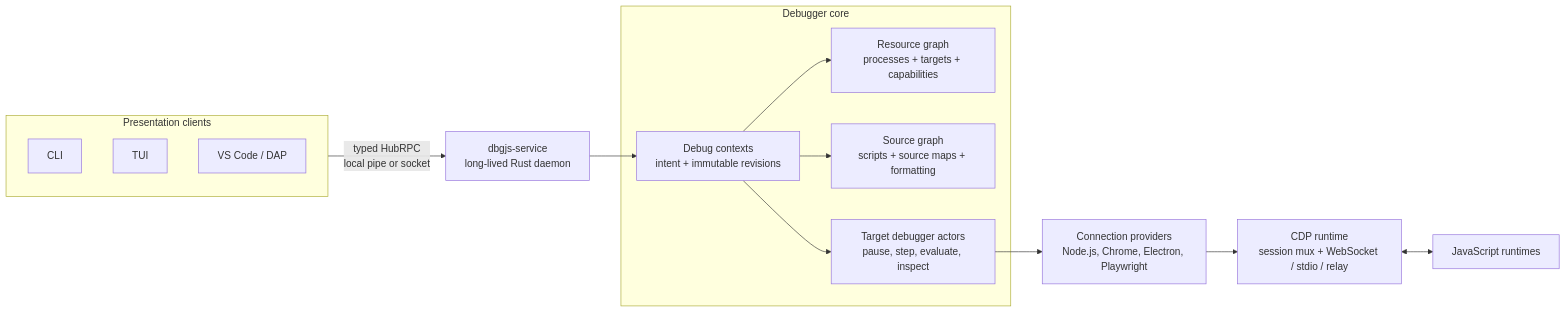
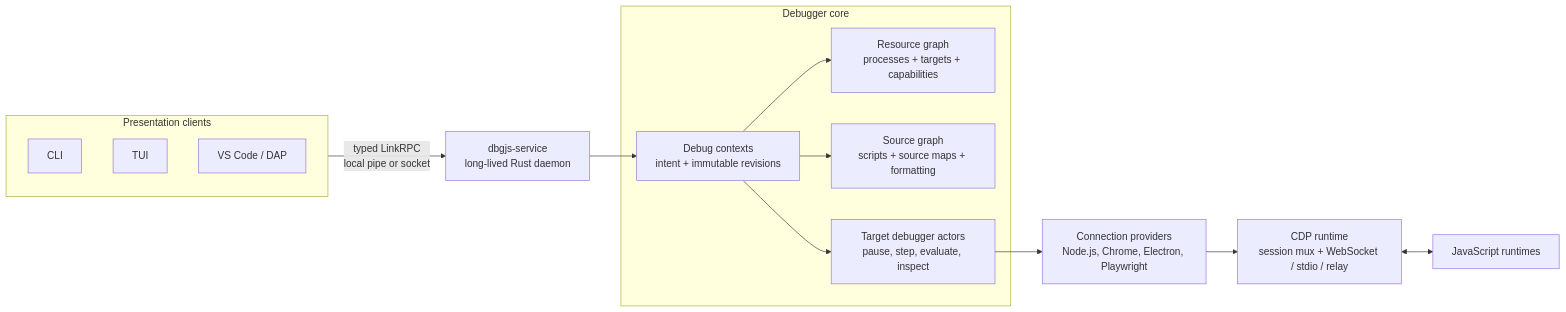
Before and after one commit to hediet/dbgjs: the first of 2 diagrams in docs/dbgjs-architecture-presentation.md, drawn with Mermaid. The commit also changed other lines of this file and 210 other files, not shown here.

First line of the commit message:
Replace HubRPC with LinkRPC throughout dbgjs

````diff
--- a/docs/dbgjs-architecture-presentation.md
+++ b/docs/dbgjs-architecture-presentation.md
@@ -8,26 +8,26 @@
 ```mermaid
 flowchart LR
     subgraph Clients["Presentation clients"]
         CLI["CLI"]
         TUI["TUI"]
         VSCode["VS Code / DAP"]
     end
 
-    Clients -->|"typed HubRPC<br/>local pipe or socket"| Service["dbgjs-service<br/>long-lived Rust daemon"]
+    Clients -->|"typed LinkRPC<br/>local pipe or socket"| Service["dbgjs-service<br/>long-lived Rust daemon"]
 
     subgraph Core["Debugger core"]
         Contexts["Debug contexts<br/>intent + immutable revisions"]
         Resources["Resource graph<br/>processes + targets + capabilities"]
         Sources["Source graph<br/>scripts + source maps + formatting"]
         Debuggers["Target debugger actors<br/>pause, step, evaluate, inspect"]
     end
 
     Service --> Contexts
     Contexts --> Resources
     Contexts --> Sources
     Contexts --> Debuggers
 
     Debuggers --> Providers["Connection providers<br/>Node.js, Chrome, Electron, Playwright"]
     Providers --> CDP["CDP runtime<br/>session mux + WebSocket / stdio / relay"]
     CDP <--> Runtimes["JavaScript runtimes"]
 ```
````
